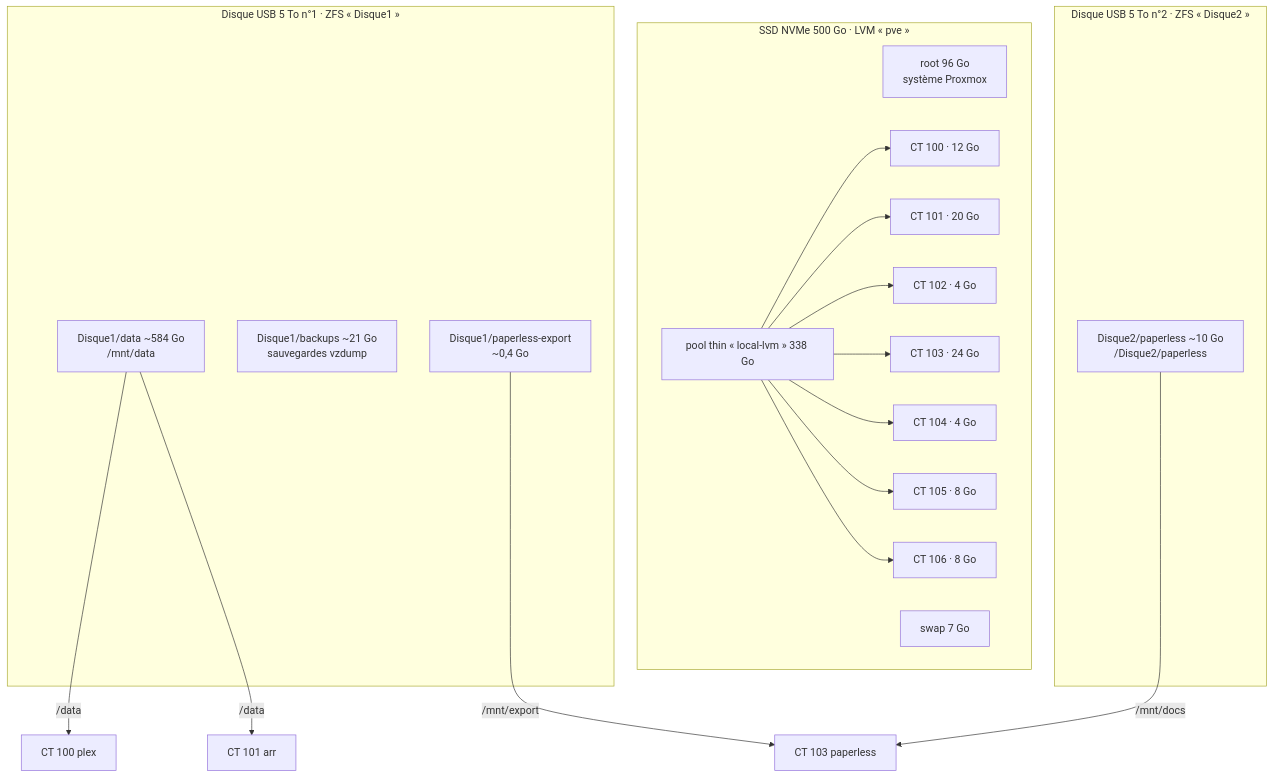
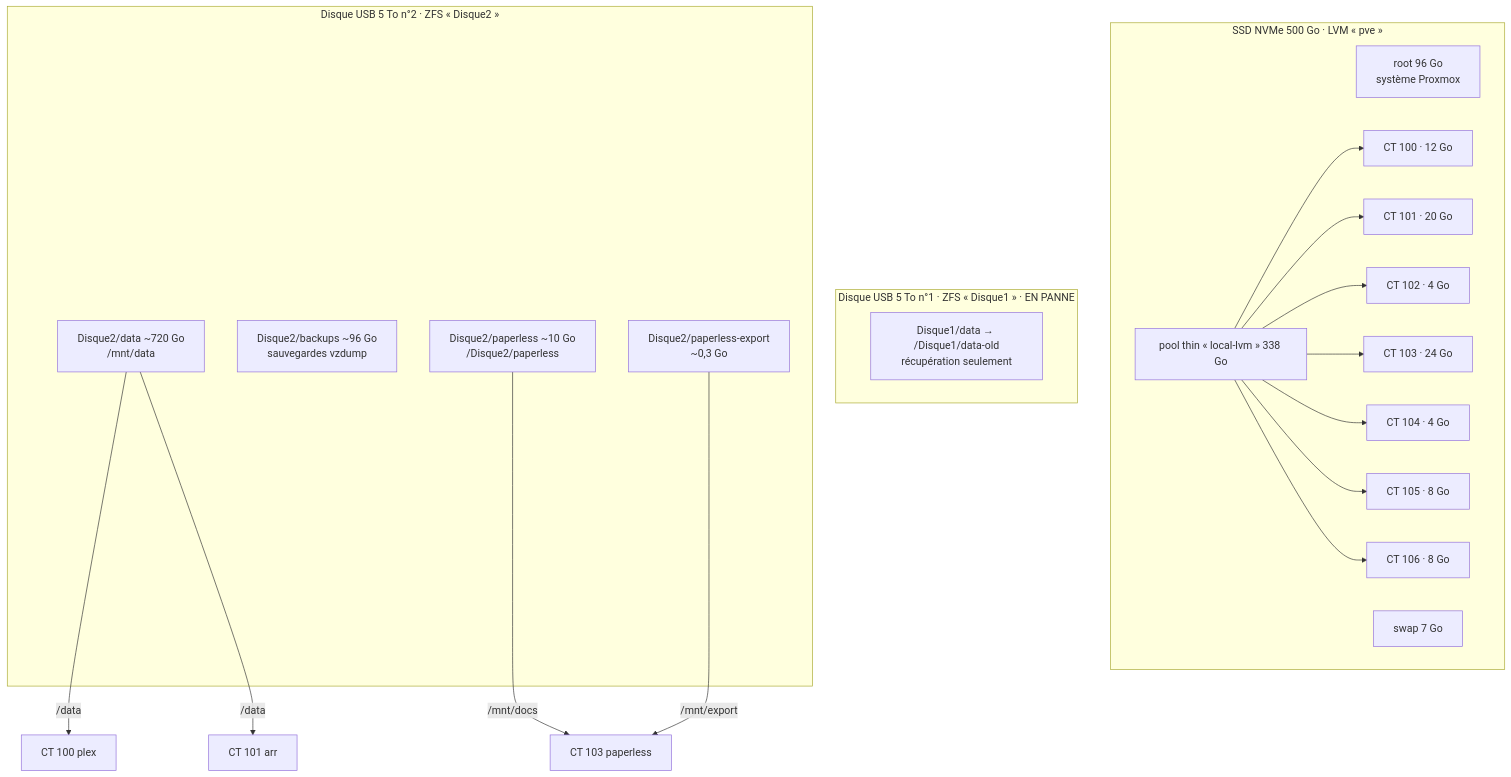
Before and after one commit to BksSidAhmed/infra-pve: the third of 4 diagrams in docs/schemas.md, drawn with Mermaid. The commit also changed other lines of this file and 7 other files, not shown here.

Commit message:
Bascule de Plex et des *arr sur Disque2, Disque1 en panne

````diff
--- a/docs/schemas.md
+++ b/docs/schemas.md
@@ -80,27 +80,28 @@
 ```mermaid
 flowchart TB
     subgraph nvme["SSD NVMe 500 Go · LVM « pve »"]
         root["root 96 Go<br/>système Proxmox"]
         swap["swap 7 Go"]
         thin["pool thin « local-lvm » 338 Go"]
         thin --> d100["CT 100 · 12 Go"]
         thin --> d101["CT 101 · 20 Go"]
         thin --> d102["CT 102 · 4 Go"]
         thin --> d103["CT 103 · 24 Go"]
         thin --> d104["CT 104 · 4 Go"]
         thin --> d105["CT 105 · 8 Go"]
         thin --> d106["CT 106 · 8 Go"]
     end
-    subgraph usb1["Disque USB 5 To n°1 · ZFS « Disque1 »"]
-        data["Disque1/data ~584 Go<br/>/mnt/data"]
-        bk["Disque1/backups ~21 Go<br/>sauvegardes vzdump"]
-        pexp["Disque1/paperless-export<br/>~0,4 Go"]
+    subgraph usb1["Disque USB 5 To n°1 · ZFS « Disque1 » · EN PANNE"]
+        old["Disque1/data → /Disque1/data-old<br/>récupération seulement"]
     end
     subgraph usb2["Disque USB 5 To n°2 · ZFS « Disque2 »"]
+        data["Disque2/data ~720 Go<br/>/mnt/data"]
+        bk["Disque2/backups ~96 Go<br/>sauvegardes vzdump"]
+        pexp["Disque2/paperless-export<br/>~0,3 Go"]
         pdocs["Disque2/paperless ~10 Go<br/>/Disque2/paperless"]
     end
     data -->|"/data"| c100["CT 100 plex"]
     data -->|"/data"| c101["CT 101 arr"]
     pdocs -->|"/mnt/docs"| c103["CT 103 paperless"]
     pexp -->|"/mnt/export"| c103
 ```
````
